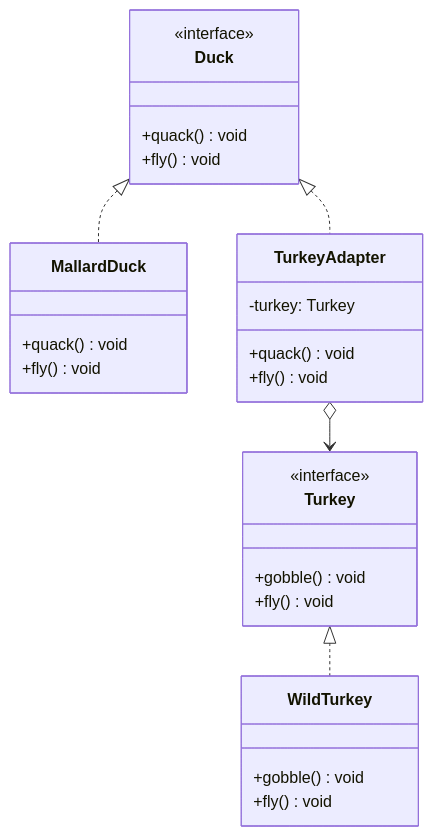
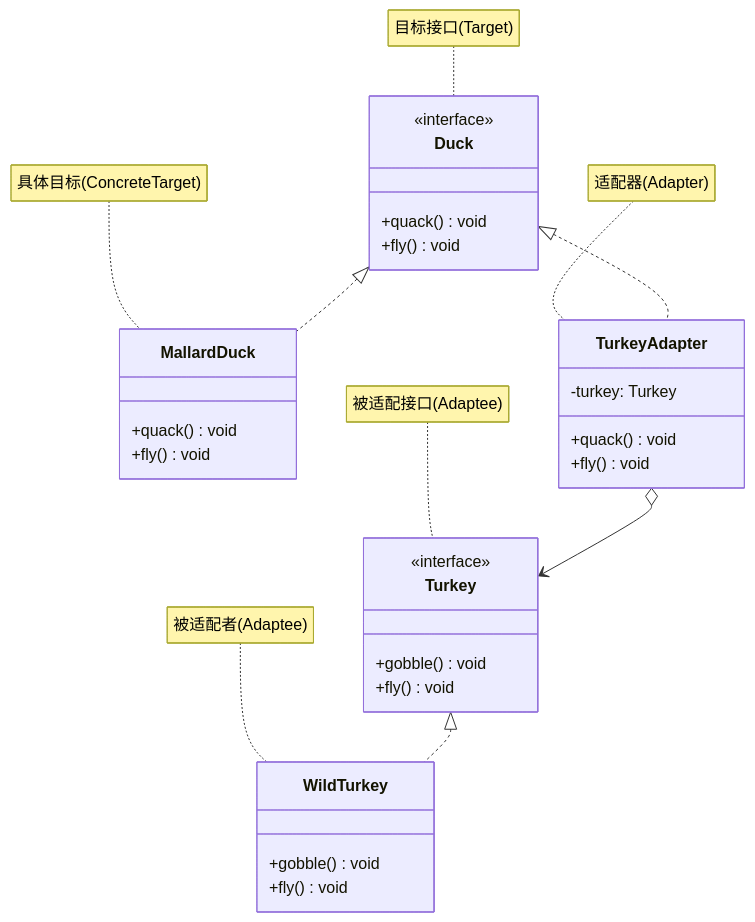
One commit to luguosong/programming-notes changed the diagram in docs/topic/design-patterns/structural-patterns/adapter/index.md. Above: the diagram before and after it, drawn with Mermaid. The commit also changed 23 other files, not shown here.

First line of the commit message:
fix: 修正设计模式 UML 箭头类型并添加角色标注

````diff
--- a/docs/topic/design-patterns/structural-patterns/adapter/index.md
+++ b/docs/topic/design-patterns/structural-patterns/adapter/index.md
@@ -27,30 +27,35 @@
 ```mermaid
 classDiagram
     class Duck {
         <<interface>>
         +quack() void
         +fly() void
     }
     class Turkey {
         <<interface>>
         +gobble() void
         +fly() void
     }
     class MallardDuck {
         +quack() void
         +fly() void
     }
     class WildTurkey {
         +gobble() void
         +fly() void
     }
     class TurkeyAdapter {
         -turkey: Turkey
         +quack() void
         +fly() void
     }
     Duck <|.. MallardDuck
     Turkey <|.. WildTurkey
     Duck <|.. TurkeyAdapter
     TurkeyAdapter o--> Turkey
+    note for Duck "目标接口(Target)"
+    note for Turkey "被适配接口(Adaptee)"
+    note for TurkeyAdapter "适配器(Adapter)"
+    note for MallardDuck "具体目标(ConcreteTarget)"
+    note for WildTurkey "被适配者(Adaptee)"
 ```
````
